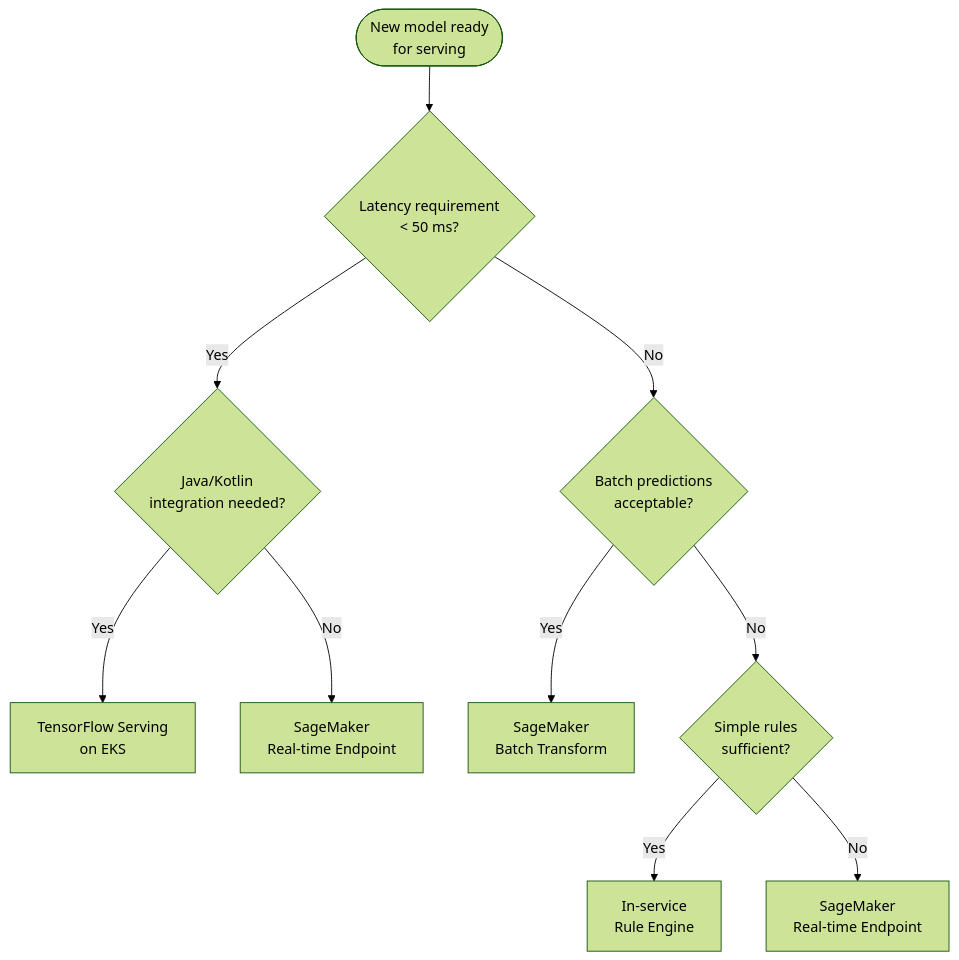
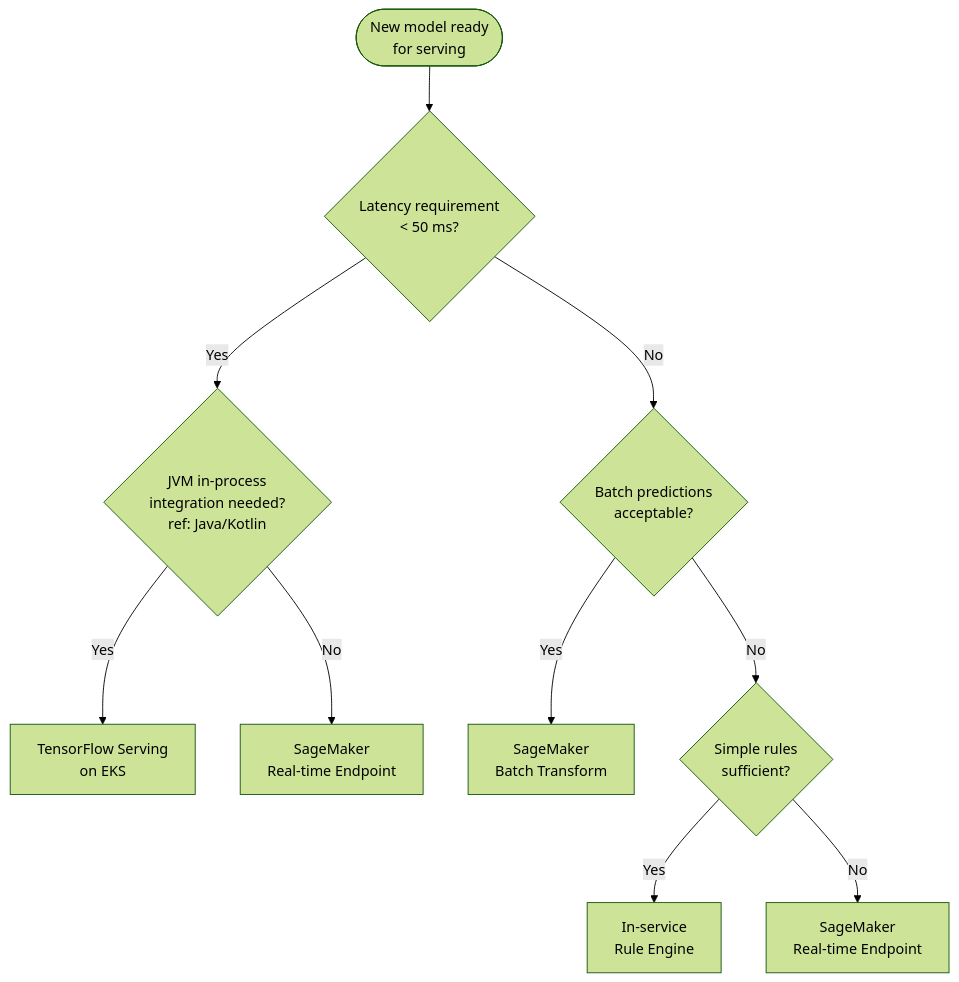
One commit to rishikeshdhokare/platform-manifesto changed the second of 6 diagrams in 10-ai-ml-platform/01-ml-platform.md. Above: the diagram before and after it, drawn with Mermaid (forest theme). The commit also changed other lines of this file and 64 other files, not shown here.

````diff
--- a/10-ai-ml-platform/01-ml-platform.md
+++ b/10-ai-ml-platform/01-ml-platform.md
@@ -102,15 +104,15 @@
 ```mermaid
 flowchart TD
     Start([New model ready<br/>for serving]) --> Q1{Latency requirement<br/>< 50 ms?}
 
-    Q1 -->|Yes| Q1a{Java/Kotlin<br/>integration needed?}
+    Q1 -->|Yes| Q1a{JVM in-process<br/>integration needed?<br/>ref: Java/Kotlin}
     Q1a -->|Yes| TFS[TensorFlow Serving<br/>on EKS]
     Q1a -->|No| SMRT[SageMaker<br/>Real-time Endpoint]
 
     Q1 -->|No| Q2{Batch predictions<br/>acceptable?}
     Q2 -->|Yes| SMBT[SageMaker<br/>Batch Transform]
     Q2 -->|No| Q3{Simple rules<br/>sufficient?}
     Q3 -->|Yes| Rules[In-service<br/>Rule Engine]
     Q3 -->|No| SMRT2[SageMaker<br/>Real-time Endpoint]
 
 ```
````
